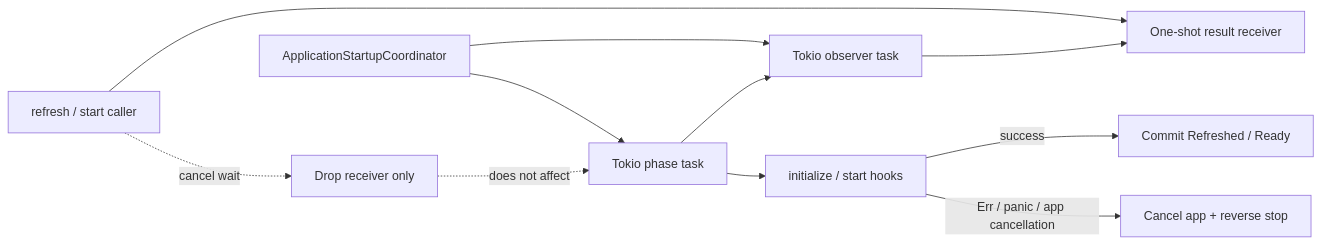
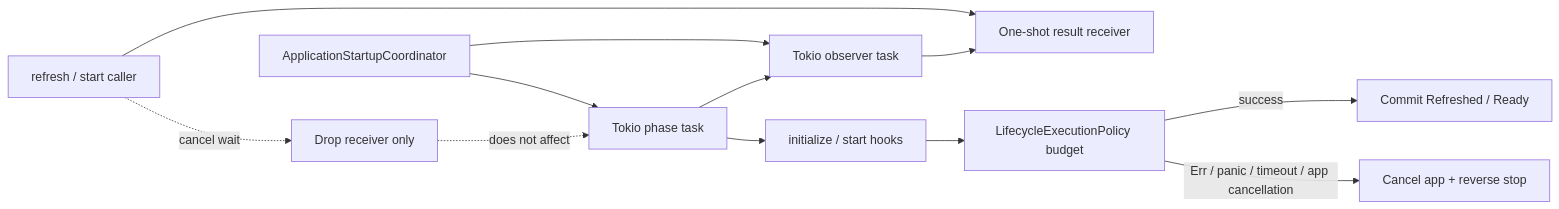
One commit to easy-4-rust/vernal changed diagram 11 of 16 in docs/Vernal-Architecture.md. Above: the diagram before and after it, drawn with Mermaid. The commit also changed other lines of this file and 17 other files, not shown here.

Commit message:
feat(context): bound lifecycle hook execution

````diff
--- a/docs/Vernal-Architecture.md
+++ b/docs/Vernal-Architecture.md
@@ -668,13 +669,14 @@
 ```mermaid
 flowchart LR
     Caller["refresh / start caller"] --> Receiver["One-shot result receiver"]
     Caller -.->|"cancel wait"| Dropped["Drop receiver only"]
     Startup["ApplicationStartupCoordinator"] --> Operation["Tokio phase task"]
     Startup --> Observer["Tokio observer task"]
     Operation --> Hooks["initialize / start hooks"]
-    Hooks -->|"success"| Commit["Commit Refreshed / Ready"]
-    Hooks -->|"Err / panic / app cancellation"| Rollback["Cancel app + reverse stop"]
+    Hooks --> Budget["LifecycleExecutionPolicy budget"]
+    Budget -->|"success"| Commit["Commit Refreshed / Ready"]
+    Budget -->|"Err / panic / timeout / app cancellation"| Rollback["Cancel app + reverse stop"]
     Operation --> Observer
     Observer --> Receiver
     Dropped -.->|"does not affect"| Operation
 ```
````
